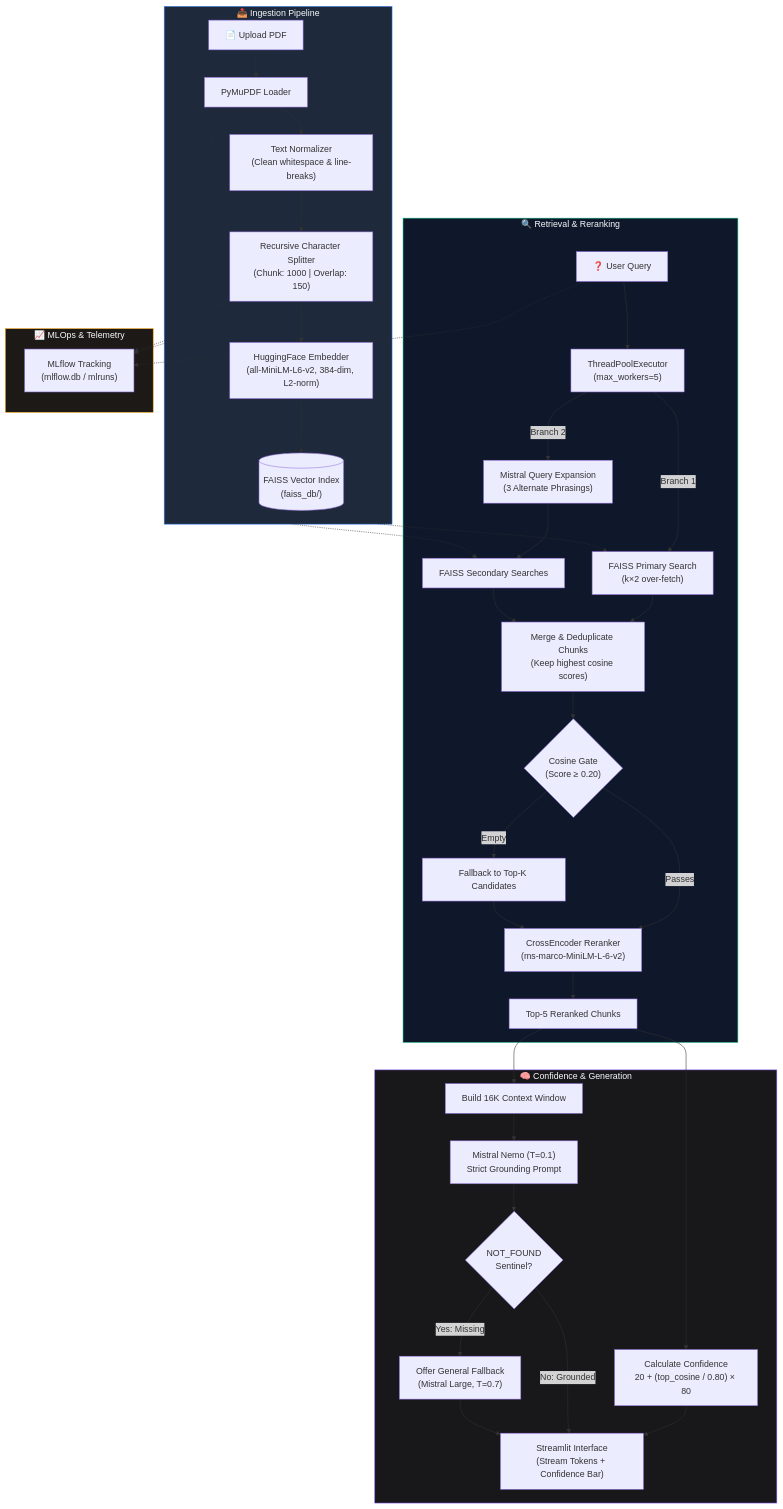
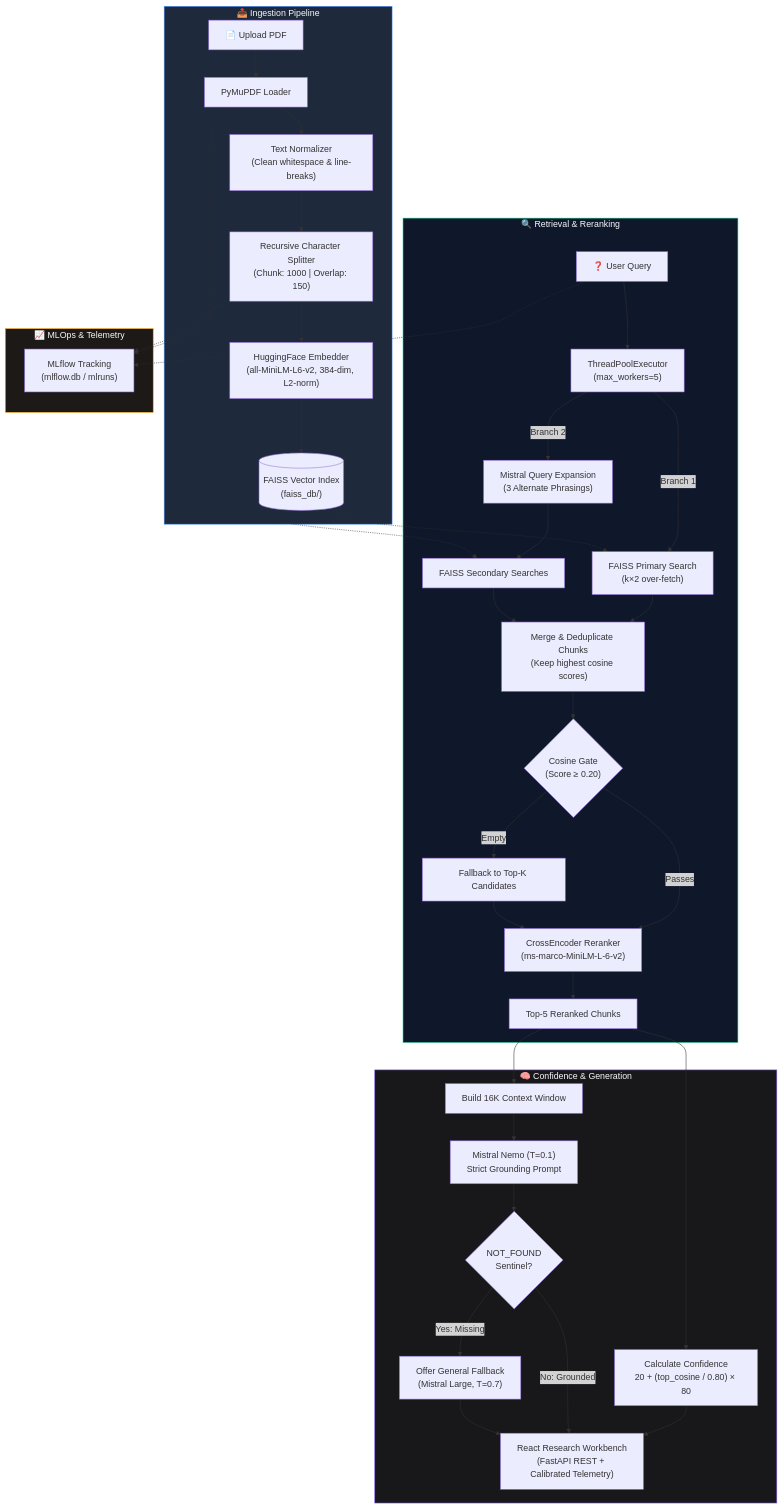
Before and after one commit to kumarvishal10351/-AURA-Adaptive-Unified-Retrieval-Assistant: the diagram in README.md, drawn with Mermaid. The commit also changed other lines of this file and 38 other files, not shown here.

Commit message:
feat: migrate from Streamlit to React 19 + Vite frontend and FastAPI backend

````diff
--- a/README.md
+++ b/README.md
@@ -107,51 +112,52 @@
 ```mermaid
 flowchart TD
     subgraph INGESTION ["📥 Ingestion Pipeline"]
         A["📄 Upload PDF"] --> B["PyMuPDF Loader"]
         B --> C["Text Normalizer<br/>(Clean whitespace & line-breaks)"]
         C --> D["Recursive Character Splitter<br/>(Chunk: 1000 | Overlap: 150)"]
         D --> E["HuggingFace Embedder<br/>(all-MiniLM-L6-v2, 384-dim, L2-norm)"]
         E --> F[("FAISS Vector Index<br/>(faiss_db/)")]
     end
 
     subgraph RETRIEVAL ["🔍 Retrieval & Reranking"]
         Q["❓ User Query"] --> PE["ThreadPoolExecutor<br/>(max_workers=5)"]
         PE -->|"Branch 1"| FQ["FAISS Primary Search<br/>(k×2 over-fetch)"]
         PE -->|"Branch 2"| QE["Mistral Query Expansion<br/>(3 Alternate Phrasings)"]
         QE --> EQF["FAISS Secondary Searches"]
         
         FQ --> M["Merge & Deduplicate Chunks<br/>(Keep highest cosine scores)"]
         EQF --> M
         F -.-> FQ
         F -.-> EQF
 
         M --> GATE{"Cosine Gate<br/>(Score ≥ 0.20)"}
         GATE -->|"Passes"| CE["CrossEncoder Reranker<br/>(ms-marco-MiniLM-L-6-v2)"]
         GATE -->|"Empty"| FB_K["Fallback to Top-K Candidates"]
         FB_K --> CE
 
         CE --> TOP5["Top-5 Reranked Chunks"]
     end
 
     subgraph GENERATION ["🧠 Confidence & Generation"]
         TOP5 --> CS["Calculate Confidence<br/>20 + (top_cosine / 0.80) × 80"]
         TOP5 --> CTX["Build 16K Context Window"]
         CTX --> LLM["Mistral Nemo (T=0.1)<br/>Strict Grounding Prompt"]
-        CS --> UI["Streamlit Interface<br/>(Stream Tokens + Confidence Bar)"]
+        CS --> UI["React Research Workbench<br/>(FastAPI REST + Calibrated Telemetry)"]
         LLM --> NF{"NOT_FOUND<br/>Sentinel?"}
         NF -->|"No: Grounded"| UI
         NF -->|"Yes: Missing"| FBO["Offer General Fallback<br/>(Mistral Large, T=0.7)"]
         FBO --> UI
     end
+
 
     subgraph MLOPS ["📈 MLOps & Telemetry"]
         B -.-> ML["MLflow Tracking<br/>(mlflow.db / mlruns)"]
         D -.-> ML
         Q -.-> ML
     end
 
     style INGESTION fill:#1e293b,stroke:#3b82f6,color:#f8fafc
     style RETRIEVAL fill:#0f172a,stroke:#10b981,color:#f8fafc
     style GENERATION fill:#18181b,stroke:#8b5cf6,color:#f8fafc
     style MLOPS fill:#1c1917,stroke:#f59e0b,color:#f8fafc
 ```
````
